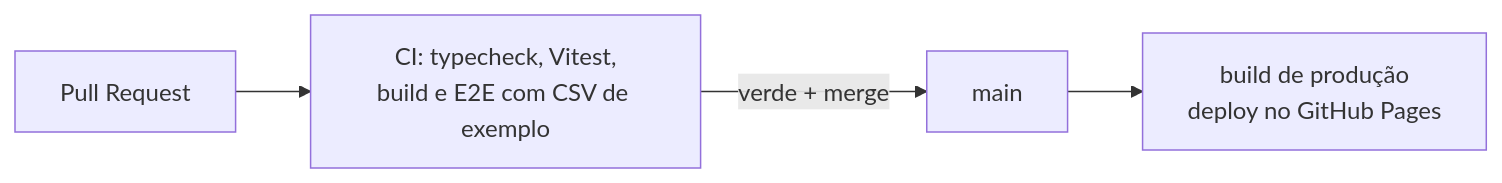
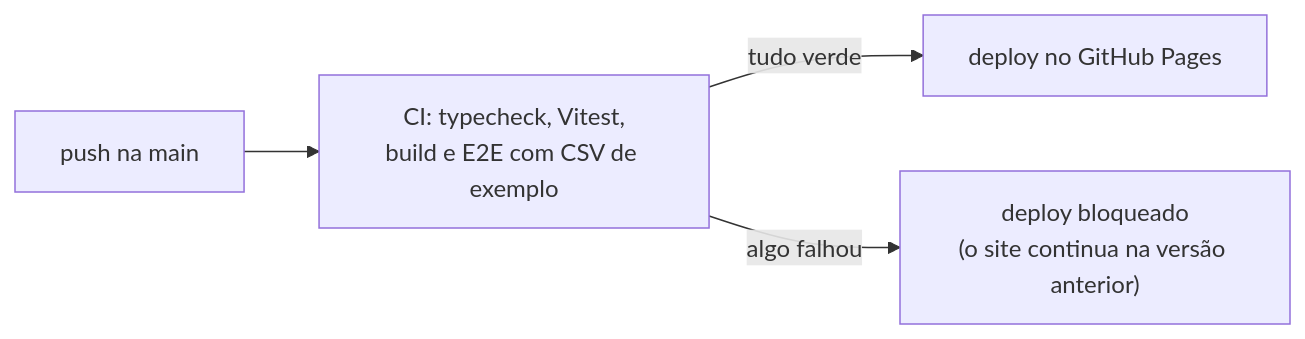
Before and after one commit to EduardoFedeli/albummania: the fourth of 4 diagrams in docs/system-design.md, drawn with Mermaid. The commit also changed other lines of this file and 1 other file, not shown here.

Commit message:
docs: fluxo de commits direto na main

````diff
--- a/docs/system-design.md
+++ b/docs/system-design.md
@@ -316,6 +316,6 @@
 ```mermaid
 flowchart LR
-  PR["Pull Request"] --> CI["CI: typecheck, Vitest,<br/>build e E2E com CSV de exemplo"]
-  CI -- "verde + merge" --> M["main"]
-  M --> D["build de produção<br/>deploy no GitHub Pages"]
+  P["push na main"] --> CI["CI: typecheck, Vitest,<br/>build e E2E com CSV de exemplo"]
+  CI -- "tudo verde" --> D["deploy no GitHub Pages"]
+  CI -- "algo falhou" --> X["deploy bloqueado<br/>(o site continua na versão anterior)"]
 ```
````
